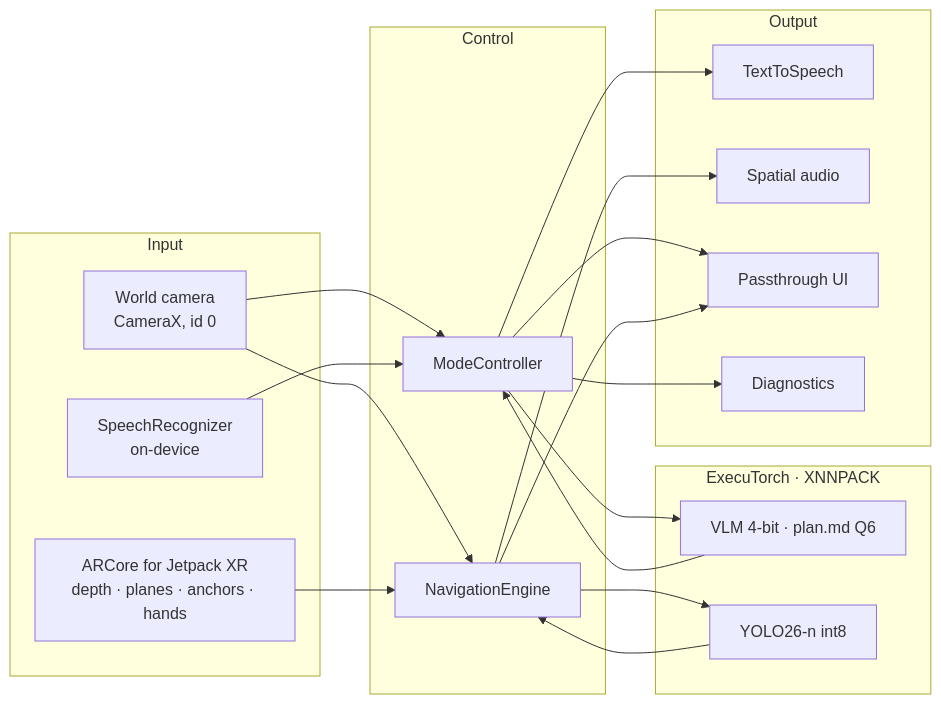
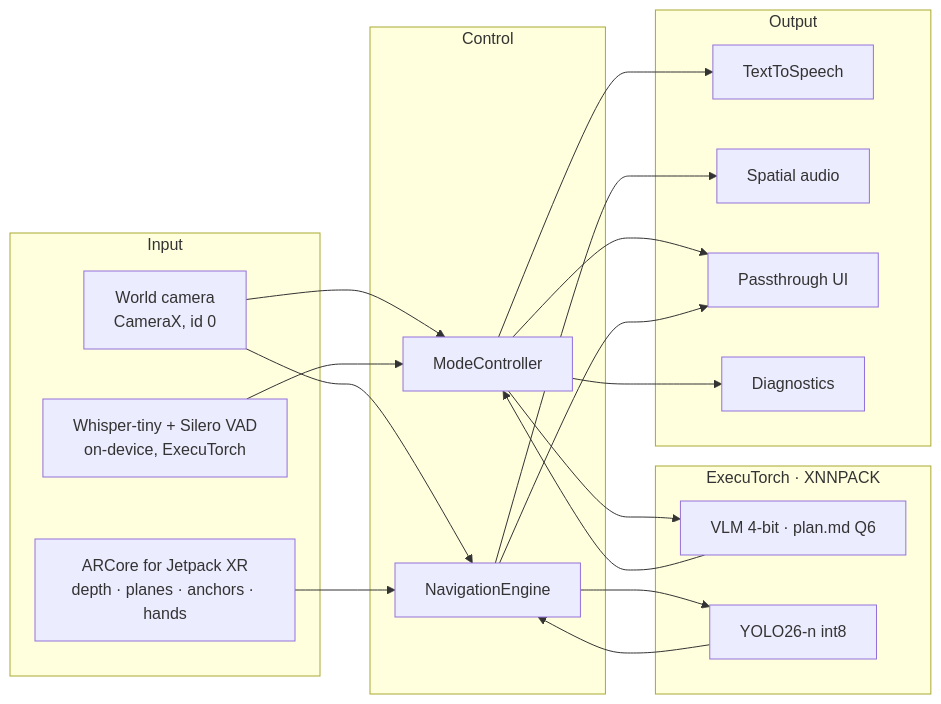
Before and after one commit to Cool-Coder174/vysion-app: the diagram in README.md, drawn with Mermaid. The commit also changed other lines of this file and 22 other files, not shown here.

First line of the commit message:
FR-G2: voice commands heard on the headset by Whisper + Silero VAD; system recognizer as fallback (ADR-0011)

````diff
--- a/README.md
+++ b/README.md
@@ -33,31 +33,31 @@
 ```mermaid
 flowchart LR
   subgraph Input
     CAM[World camera<br/>CameraX, id 0]
     AR[ARCore for Jetpack XR<br/>depth · planes · anchors · hands]
-    SR[SpeechRecognizer<br/>on-device]
+    SR[Whisper-tiny + Silero VAD<br/>on-device, ExecuTorch]
   end
   subgraph Control
     MC[ModeController]
     NE[NavigationEngine]
   end
   subgraph ExecuTorch["ExecuTorch · XNNPACK"]
     VLM[VLM 4-bit · plan.md Q6]
     DET[YOLO26-n int8]
   end
   subgraph Output
     TTS[TextToSpeech]
     SA[Spatial audio]
     UI[Passthrough UI]
     DX[Diagnostics]
   end
   CAM --> MC --> VLM --> MC
   CAM --> NE --> DET --> NE
   AR --> NE
   SR --> MC
   MC --> TTS
   MC --> UI
   MC --> DX
   NE --> SA
   NE --> UI
 ```
````
